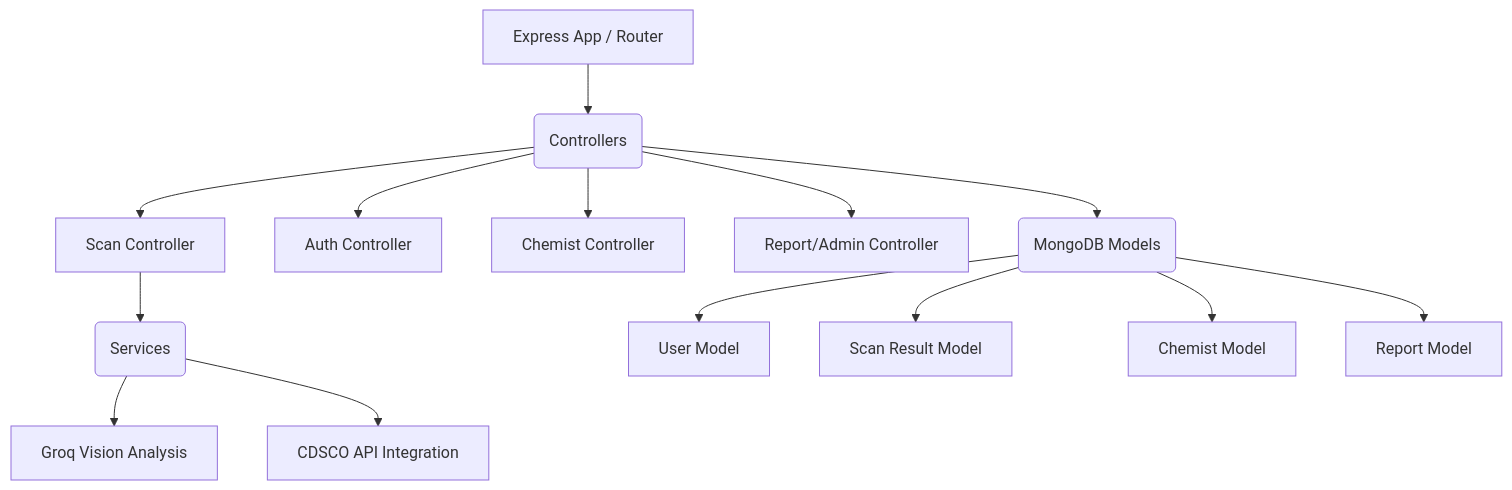
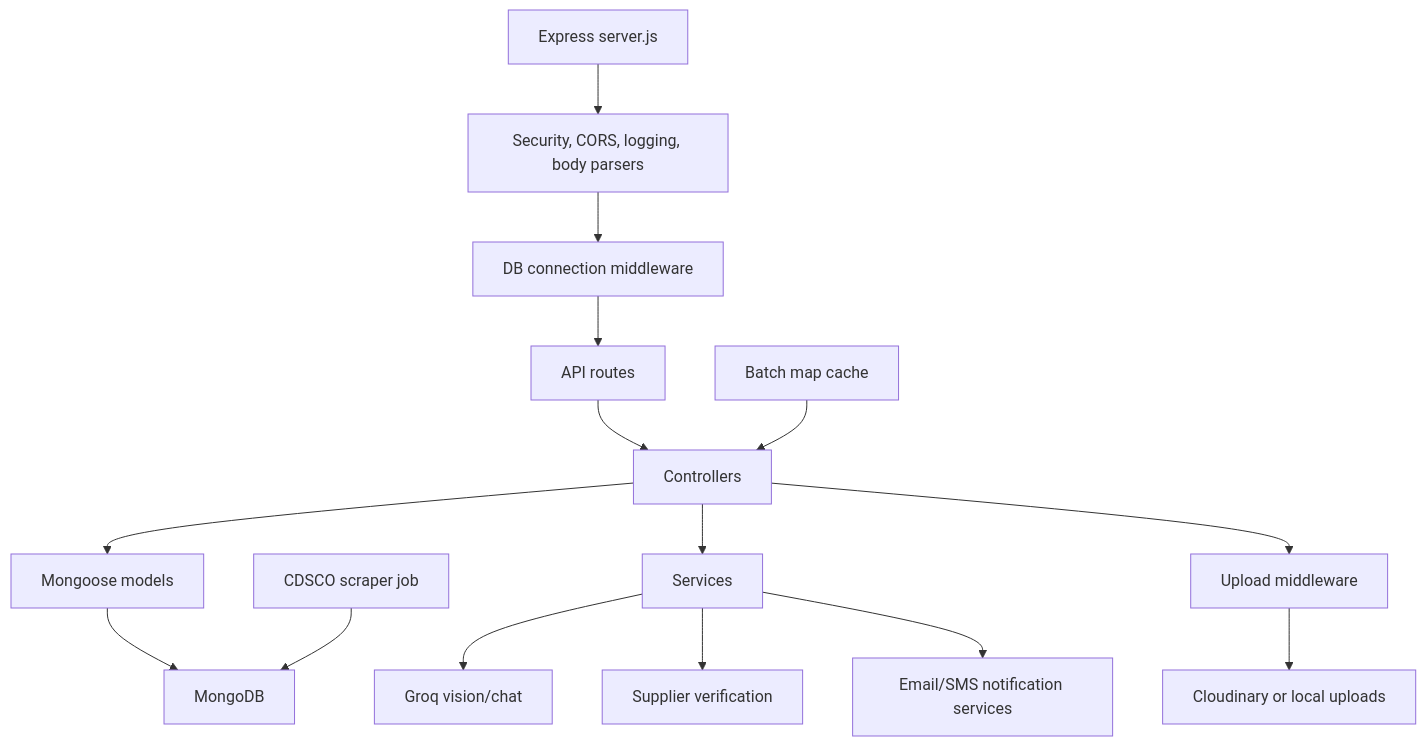
The diagram in backend/README.md (qwertyuii7/MEDIGUARD_FINAL), drawn with Mermaid before and after one commit. The commit also changed other lines of this file and 4 other files, not shown here.

````diff
--- a/backend/README.md
+++ b/backend/README.md
@@ -9,18 +7,20 @@
 ```mermaid
-graph TD
-    A[Express App / Router] --> B(Controllers)
-    B --> C[Scan Controller]
-    B --> D[Auth Controller]
-    B --> E[Chemist Controller]
-    B --> F[Report/Admin Controller]
-    
-    C --> G(Services)
-    G --> H[Groq Vision Analysis]
-    G --> I[CDSCO API Integration]
-    
-    B --> J(MongoDB Models)
-    J --> K[User Model]
-    J --> L[Scan Result Model]
-    J --> M[Chemist Model]
-    J --> N[Report Model]
+flowchart TD
+    A[Express server.js] --> B[Security, CORS, logging, body parsers]
+    B --> C[DB connection middleware]
+    C --> D[API routes]
+
+    D --> E[Controllers]
+    E --> F[Mongoose models]
+    E --> G[Services]
+    E --> H[Upload middleware]
+
+    G --> I[Groq vision/chat]
+    G --> J[Supplier verification]
+    G --> K[Email/SMS notification services]
+    H --> L[Cloudinary or local uploads]
+    F --> M[MongoDB]
+
+    N[CDSCO scraper job] --> M
+    O[Batch map cache] --> E
 ```
````
